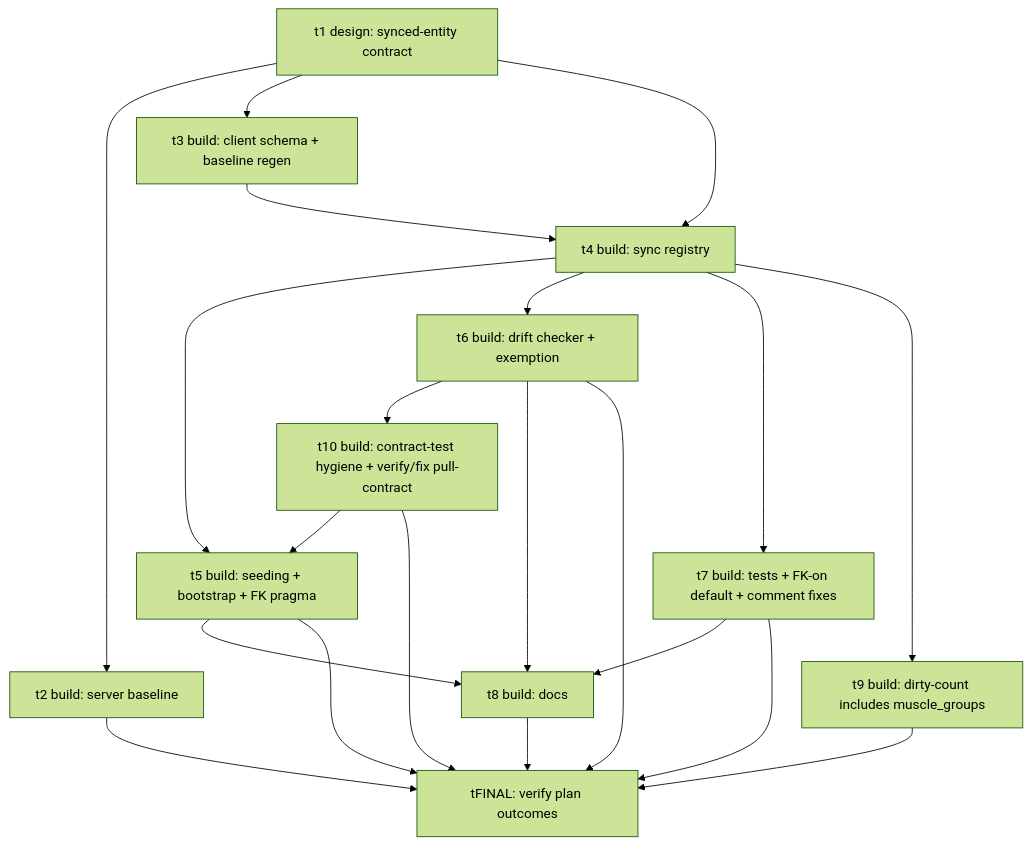
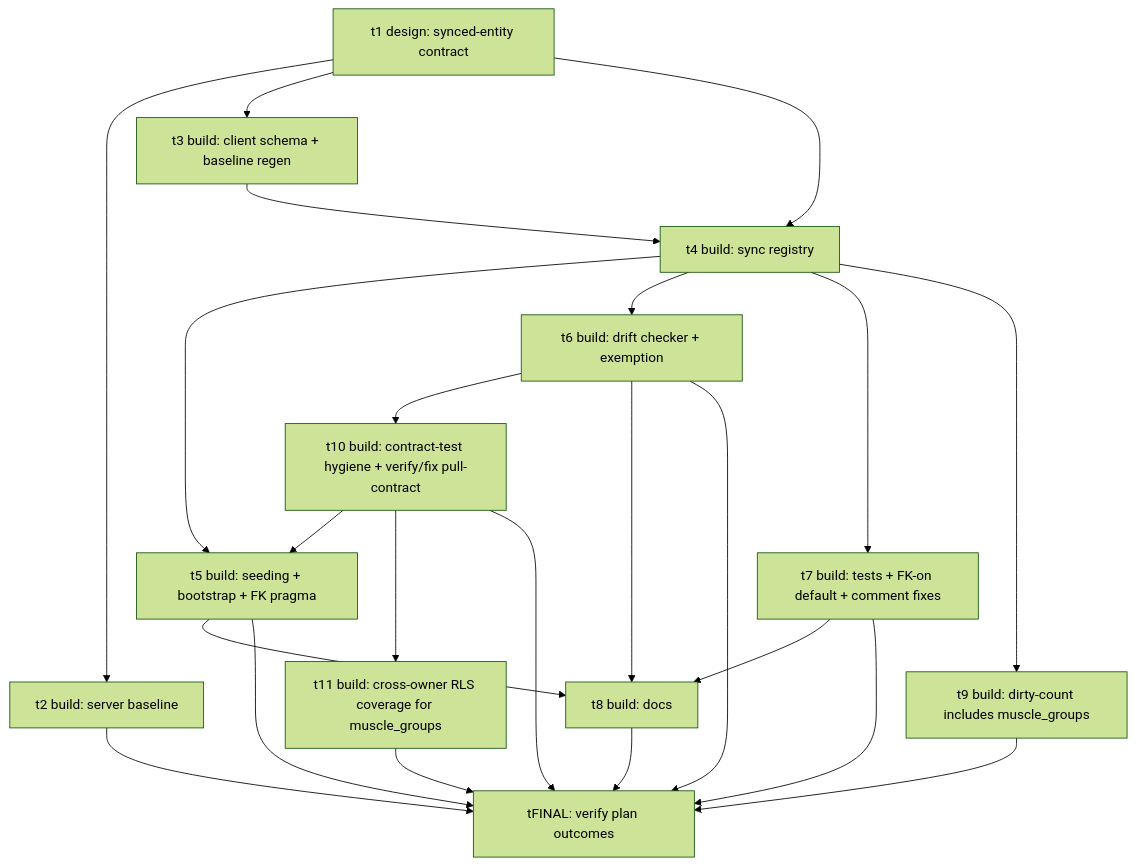
The diagram in docs/plans/muscle-groups-synced-entity/plan.md (Brotherhood-of-Ghisa/BOGA3), drawn with Mermaid (forest theme) before and after one commit. The commit also changed other lines of this file and 3 other files, not shown here.

Commit message:
chore(orchestration): coordinator log + cross-owner RLS coverage card

````diff
--- a/docs/plans/muscle-groups-synced-entity/plan.md
+++ b/docs/plans/muscle-groups-synced-entity/plan.md
@@ -101,23 +101,25 @@
 ```mermaid
 graph TD
   t1[t1 design: synced-entity contract] --> t2[t2 build: server baseline]
   t1 --> t3[t3 build: client schema + baseline regen]
   t3 --> t4[t4 build: sync registry]
   t1 --> t4
   t4 --> t5[t5 build: seeding + bootstrap + FK pragma]
   t4 --> t6[t6 build: drift checker + exemption]
   t4 --> t7[t7 build: tests + FK-on default + comment fixes]
   t4 --> t9[t9 build: dirty-count includes muscle_groups]
   t6 --> t10[t10 build: contract-test hygiene + verify/fix pull-contract]
   t10 --> t5
+  t10 --> t11[t11 build: cross-owner RLS coverage for muscle_groups]
   t2 --> tFINAL
   t5 --> t8[t8 build: docs]
   t6 --> t8
   t7 --> t8
   t8 --> tFINAL[tFINAL: verify plan outcomes]
   t5 --> tFINAL
   t6 --> tFINAL
   t7 --> tFINAL
   t9 --> tFINAL
   t10 --> tFINAL
+  t11 --> tFINAL
 ```
````
